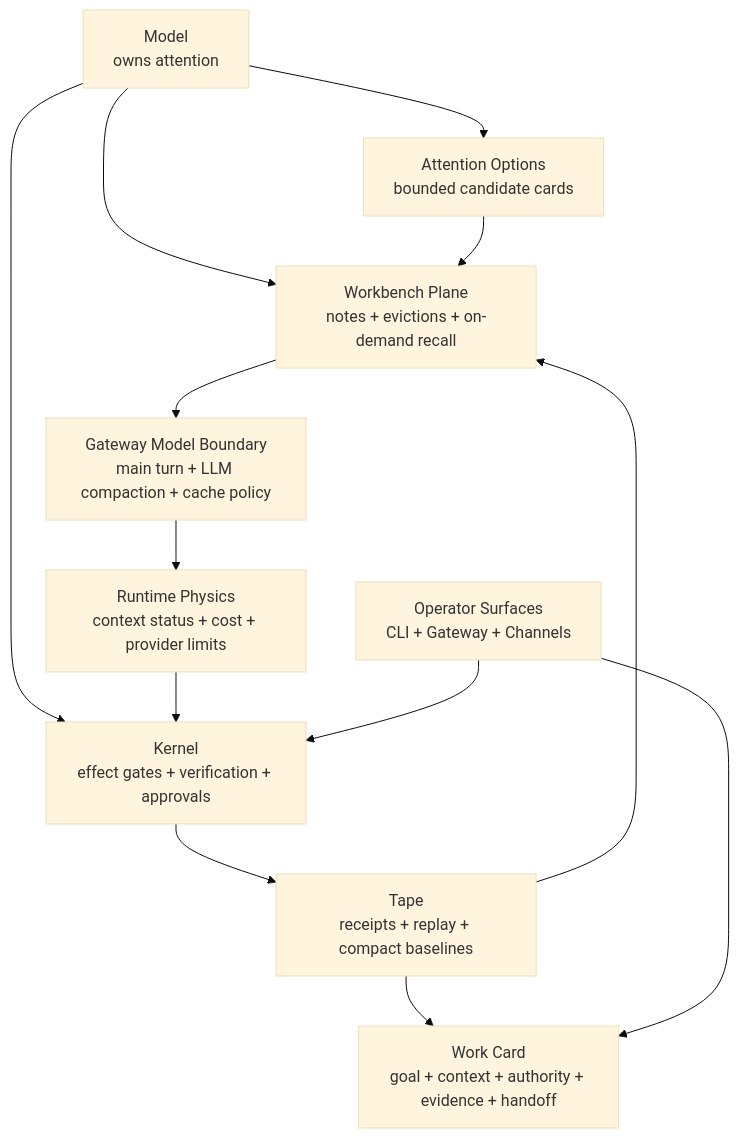
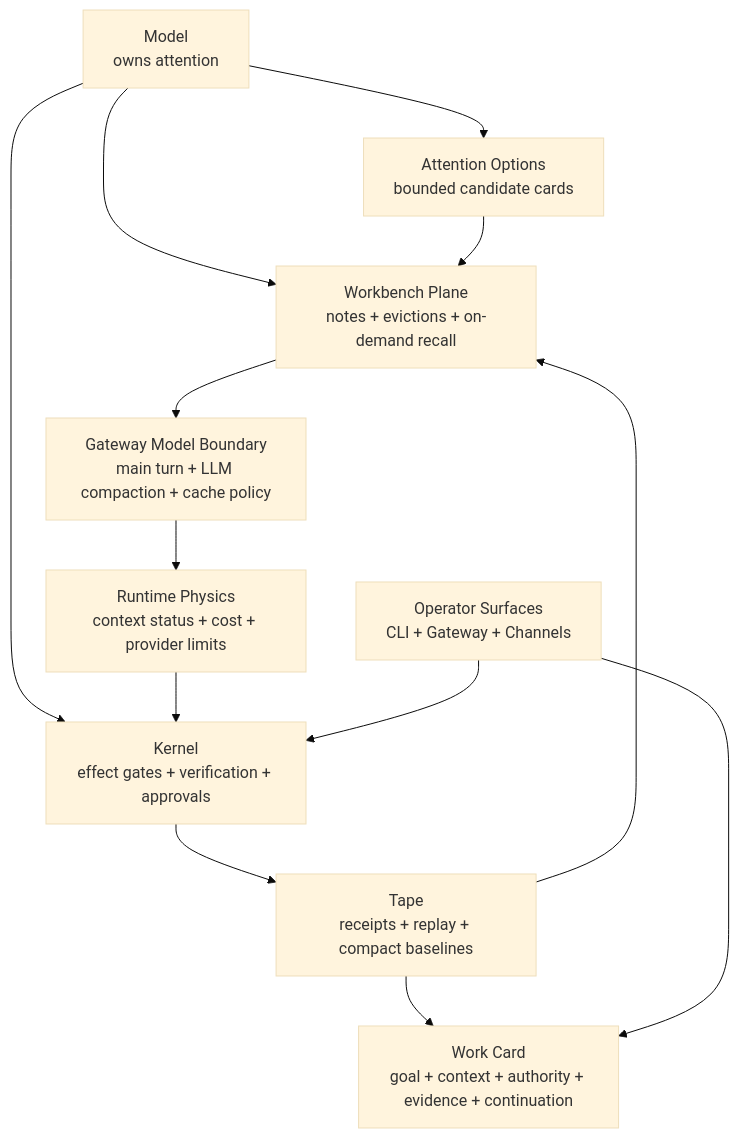
One commit to arcthur/brewva changed the diagram in README.md. Above: the diagram before and after it, drawn with Mermaid (base theme). The commit also changed other lines of this file and 121 other files, not shown here.

````diff
--- a/README.md
+++ b/README.md
@@ -45,25 +45,25 @@
 ```mermaid
 flowchart TD
   MODEL["Model<br/>owns attention"]
   WORKBENCH["Workbench Plane<br/>notes + evictions + on-demand recall"]
   OPTIONS["Attention Options<br/>bounded candidate cards"]
-  WORKCARD["Work Card<br/>goal + context + authority + evidence + handoff"]
+  WORKCARD["Work Card<br/>goal + context + authority + evidence + continuation"]
   GATEWAY["Gateway Model Boundary<br/>main turn + LLM compaction + cache policy"]
   PHYSICS["Runtime Physics<br/>context status + cost + provider limits"]
   KERNEL["Kernel<br/>effect gates + verification + approvals"]
   TAPE["Tape<br/>receipts + replay + compact baselines"]
   OPERATOR["Operator Surfaces<br/>CLI + Gateway + Channels"]
 
   MODEL --> WORKBENCH
   MODEL --> OPTIONS
   WORKBENCH --> GATEWAY
   OPTIONS --> WORKBENCH
   GATEWAY --> PHYSICS
   MODEL --> KERNEL
   PHYSICS --> KERNEL
   KERNEL --> TAPE
   TAPE --> WORKBENCH
   TAPE --> WORKCARD
   OPERATOR --> KERNEL
   OPERATOR --> WORKCARD
 ```
````
